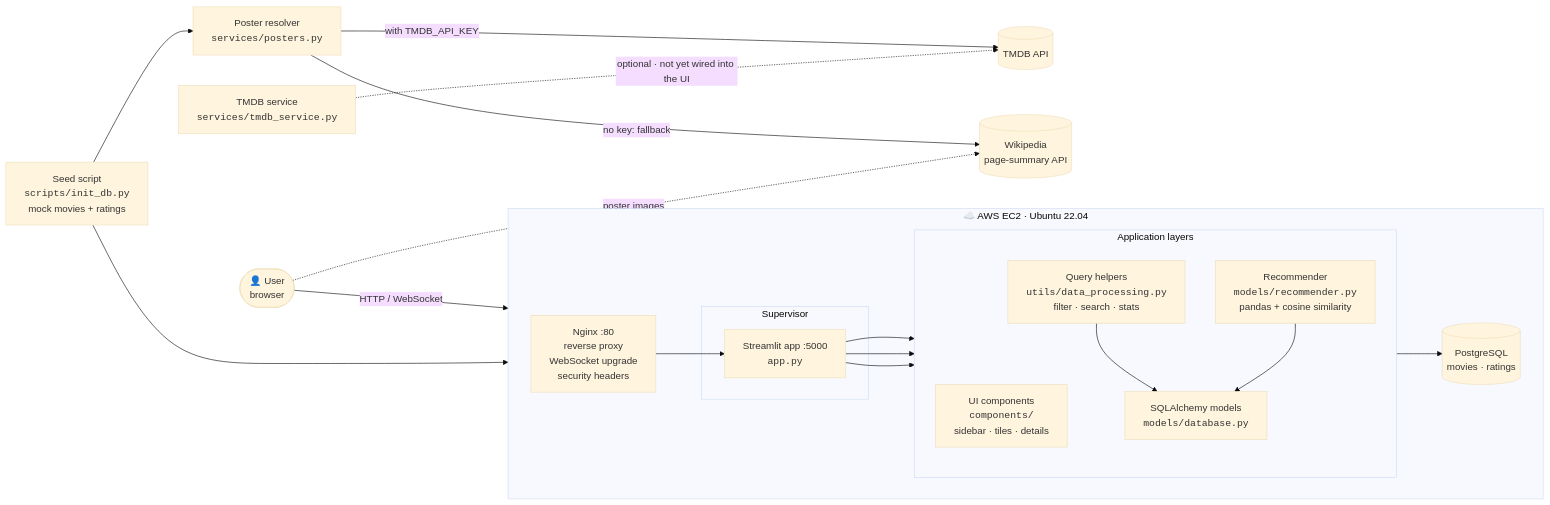
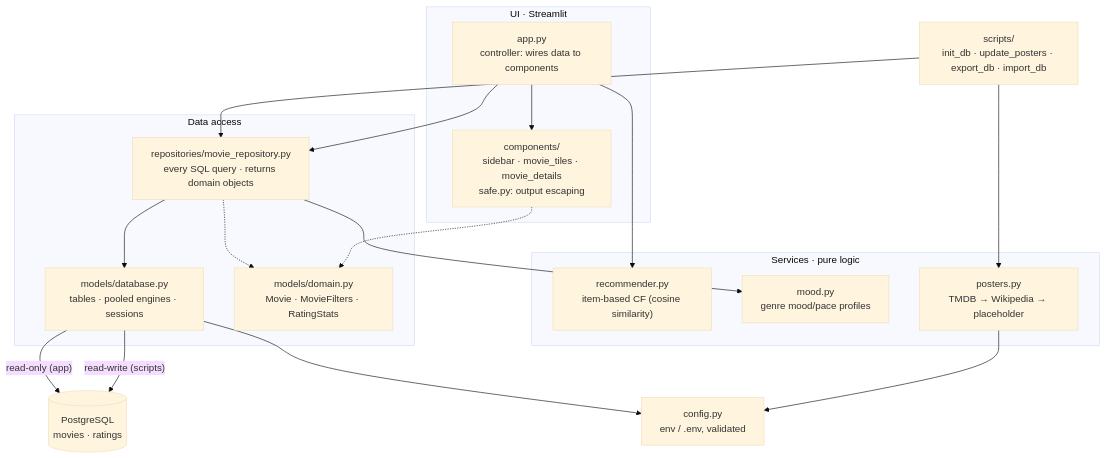
Before and after one commit to codemarquis/ai-movie-advisor: the first of 4 diagrams in README.md, drawn with Mermaid (base theme). The commit also changed other lines of this file and 3 other files, not shown here.

First line of the commit message:
docs: README and deployment guide for the new architecture

````diff
--- a/README.md
+++ b/README.md
@@ -25,38 +31,37 @@
 ```mermaid
-flowchart LR
-    user([👤 User<br/>browser])
-
-    subgraph ec2["☁️ AWS EC2 · Ubuntu 22.04"]
-        direction LR
-        nginx["Nginx :80<br/>reverse proxy<br/>WebSocket upgrade<br/>security headers"]
-        subgraph sup["Supervisor"]
-            app["Streamlit app :5000<br/><code>app.py</code>"]
-        end
-        subgraph code["Application layers"]
-            direction TB
-            ui["UI components<br/><code>components/</code><br/>sidebar · tiles · details"]
-            logic["Query helpers<br/><code>utils/data_processing.py</code><br/>filter · search · stats"]
-            rec["Recommender<br/><code>models/recommender.py</code><br/>pandas + cosine similarity"]
-            orm["SQLAlchemy models<br/><code>models/database.py</code>"]
-        end
-        pg[("PostgreSQL<br/>movies · ratings")]
+flowchart TB
+    subgraph ui["UI · Streamlit"]
+        app["app.py<br/>controller: wires data to components"]
+        comps["components/<br/>sidebar · movie_tiles · movie_details<br/>safe.py: output escaping"]
     end
 
-    seed["Seed script<br/><code>scripts/init_db.py</code><br/>mock movies + ratings"]
-    posters["Poster resolver<br/><code>services/posters.py</code>"]
-    tmdb[("TMDB API")]
-    wiki[("Wikipedia<br/>page-summary API")]
-    tmdbsvc["TMDB service<br/><code>services/tmdb_service.py</code>"]
+    subgraph svc["Services · pure logic"]
+        rec["recommender.py<br/>item-based CF (cosine similarity)"]
+        mood["mood.py<br/>genre mood/pace profiles"]
+        posters["posters.py<br/>TMDB → Wikipedia → placeholder"]
+    end
 
-    user -->|HTTP / WebSocket| nginx --> app
-    app --> ui & logic & rec
-    logic --> orm
-    rec --> orm
-    orm --> pg
-    seed --> orm
-    seed --> posters
-    posters -->|"with TMDB_API_KEY"| tmdb
-    posters -->|"no key: fallback"| wiki
-    user -. "poster images" .-> wiki
-    tmdbsvc -. "optional · not yet wired into the UI" .-> tmdb
+    subgraph data["Data access"]
+        repo["repositories/movie_repository.py<br/>every SQL query · returns domain objects"]
+        db["models/database.py<br/>tables · pooled engines · sessions"]
+        domain["models/domain.py<br/>Movie · MovieFilters · RatingStats"]
+    end
+
+    config["config.py<br/>env / .env, validated"]
+    scripts["scripts/<br/>init_db · update_posters · export_db · import_db"]
+    pg[("PostgreSQL<br/>movies · ratings")]
+
+    app --> comps
+    app --> repo
+    app --> rec
+    repo --> mood
+    repo --> db
+    repo -.-> domain
+    comps -.-> domain
+    scripts --> repo
+    scripts --> posters
+    db --> config
+    posters --> config
+    db -->|"read-only (app)"| pg
+    db -->|"read-write (scripts)"| pg
 ```
````
